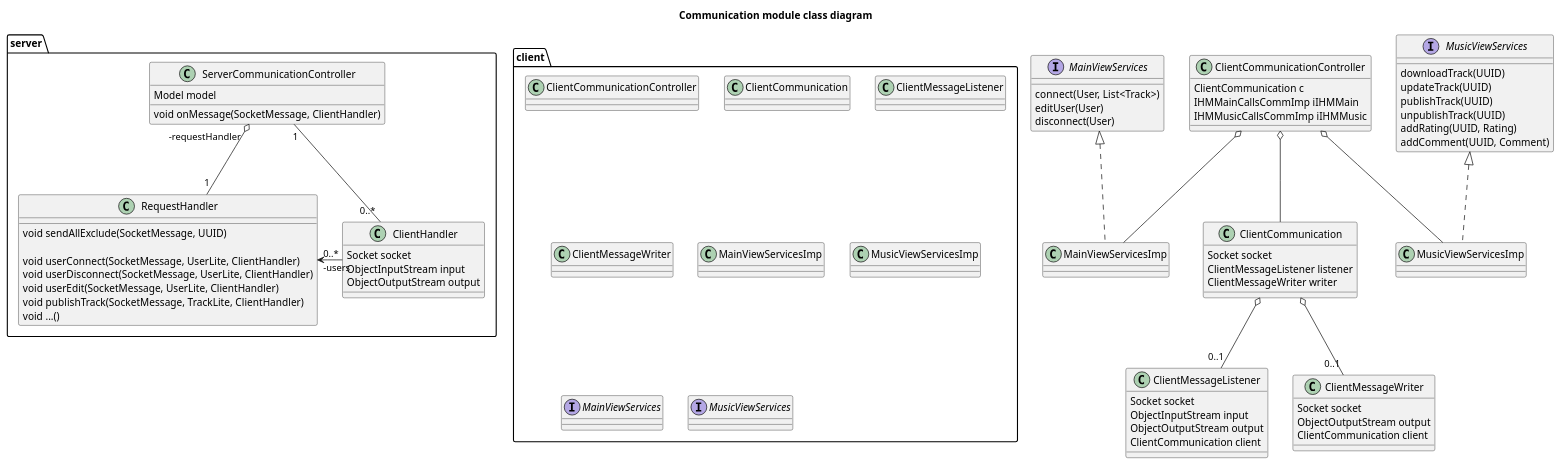
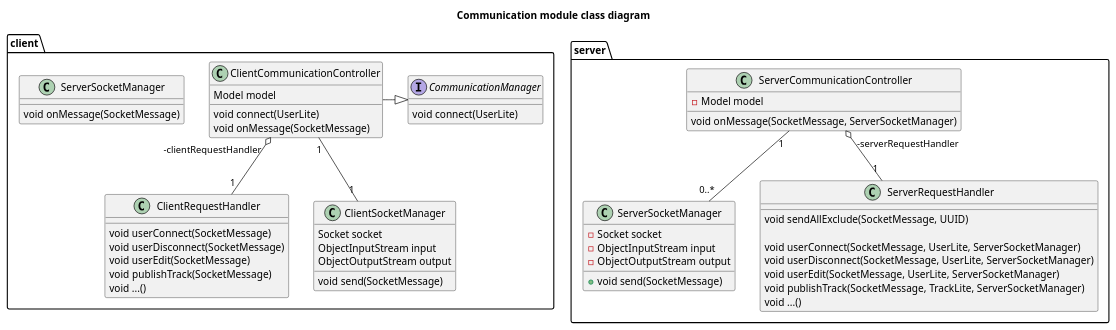
Before and after one commit to UTCAI12/Diagrams: the diagram in class/communication.puml, drawn with PlantUML. The commit also changed other lines of this file, not shown here.

Commit message:
updating the entire architecture

```diff
--- a/class/communication.puml
+++ b/class/communication.puml
@@ -1,103 +1,71 @@
 @startuml Communication module class diagram
 title Communication module class diagram
 
 package server {
-  class ServerCommunicationController {
-    Model model
-    void onMessage(SocketMessage, ClientHandler)
-  }
+    class ServerCommunicationController {
+        - Model model
+        void onMessage(SocketMessage, ServerSocketManager)
+    }
 
-  class ClientHandler {
-    Socket socket
-    ObjectInputStream input
-    ObjectOutputStream output
-  }
+    class ServerSocketManager {
+        - Socket socket
+        - ObjectInputStream input
+        - ObjectOutputStream output
 
-  class RequestHandler {
-    void sendAllExclude(SocketMessage, UUID)
+        + void send(SocketMessage)
+    }
 
-    void userConnect(SocketMessage, UserLite, ClientHandler)
-    void userDisconnect(SocketMessage, UserLite, ClientHandler)
-    void userEdit(SocketMessage, UserLite, ClientHandler)
-    void publishTrack(SocketMessage, TrackLite, ClientHandler)
-    void ...()
-  }
+    class ServerRequestHandler {
+        void sendAllExclude(SocketMessage, UUID)
 
+        void userConnect(SocketMessage, UserLite, ServerSocketManager)
+        void userDisconnect(SocketMessage, UserLite, ServerSocketManager)
+        void userEdit(SocketMessage, UserLite, ServerSocketManager)
+        void publishTrack(SocketMessage, TrackLite, ServerSocketManager)
+        void ...()
+    }
+
+    ServerCommunicationController "1" -- "0..*" ServerSocketManager
+    ServerCommunicationController "-serverRequestHandler" o-- "    1" ServerRequestHandler
 
 }
 
 package client {
-  class ClientCommunicationController
-  class ClientCommunication
-  class ClientMessageListener
-  class ClientMessageWriter
-  class MainViewServicesImp
-  class MusicViewServicesImp
-  interface MainViewServices
-  interface MusicViewServices
+    class ClientCommunicationController {
+        Model model
+
+        void connect(UserLite)
+        void onMessage(SocketMessage)
+    } 
+
+    class ClientRequestHandler {
+        void userConnect(SocketMessage)
+        void userDisconnect(SocketMessage)
+        void userEdit(SocketMessage)
+        void publishTrack(SocketMessage)
+        void ...()
+    }
+
+
+    class ServerSocketManager {
+        void onMessage(SocketMessage)
+    }
+
+    interface CommunicationManager {
+        void connect(UserLite)
+    }
+
+    class ClientSocketManager {
+        Socket socket
+        ObjectInputStream input
+        ObjectOutputStream output
+
+        void send(SocketMessage)
+    }
+
+    ClientSocketManager "1" -up- "1" ClientCommunicationController
+    CommunicationManager <|-left- ClientCommunicationController
+    ClientCommunicationController "-clientRequestHandler" o-- "    1" ClientRequestHandler
 }
 
-
-
-
-
-
-class ClientCommunicationController {
-  ClientCommunication c
-  IHMMainCallsCommImp iIHMMain
-  IHMMusicCallsCommImp iIHMMusic
-}
-
-class ClientCommunication {
-  Socket socket
-  ClientMessageListener listener
-  ClientMessageWriter writer
-}
-
-class ClientMessageListener {
-  Socket socket
-  ObjectInputStream input
-  ObjectOutputStream output
-  ClientCommunication client
-}
-
-class ClientMessageWriter {
-  Socket socket
-  ObjectOutputStream output
-  ClientCommunication client
-}
-
-
-interface MainViewServices {
-  connect(User, List<Track>)
-  editUser(User)
-  disconnect(User)
-}
-
-interface MusicViewServices {
-  downloadTrack(UUID)
-  updateTrack(UUID)
-  publishTrack(UUID)
-  unpublishTrack(UUID)
-  addRating(UUID, Rating)
-  addComment(UUID, Comment)
-}
-
-class MainViewServicesImp implements MainViewServices {
-
-}
-
-class MusicViewServicesImp implements MusicViewServices {
-
-}
-
-ServerCommunicationController "1" -- "0..*" ClientHandler
-ServerCommunicationController "-requestHandler" o-- "  1" RequestHandler
-RequestHandler "0..*" <-right- "-users" ClientHandler
-
-ClientCommunicationController o-- ClientCommunication
-ClientCommunicationController o-- MainViewServicesImp
-ClientCommunicationController o-- MusicViewServicesImp
-ClientCommunication o-- "0..1" ClientMessageListener
-ClientCommunication o-- "0..1" ClientMessageWriter
 @enduml
```
